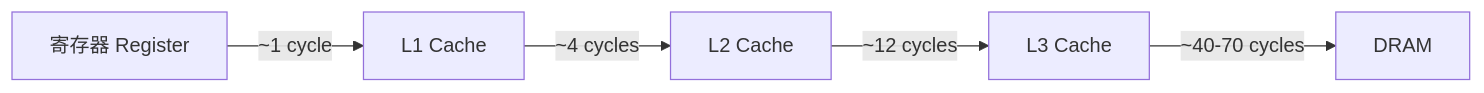
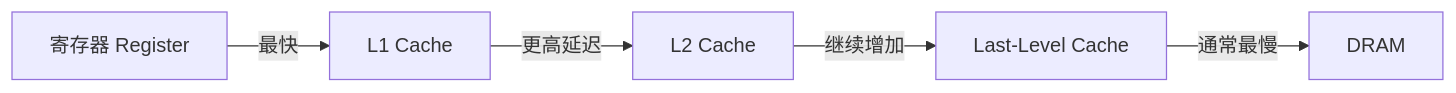
One commit to xizheyin/hft-book-rs changed the first of 5 diagrams in src/foundations/memory_layout.md. Above: the diagram before and after it, drawn with Mermaid. The commit also changed other lines of this file and 88 other files, not shown here.

````diff
--- a/src/foundations/memory_layout.md
+++ b/src/foundations/memory_layout.md
@@ -7,7 +7,7 @@
 ```mermaid
 flowchart LR
-    A[寄存器 Register] -->|~1 cycle| B[L1 Cache]
-    B -->|~4 cycles| C[L2 Cache]
-    C -->|~12 cycles| D[L3 Cache]
-    D -->|~40-70 cycles| E[DRAM]
+    A[寄存器 Register] -->|最快| B[L1 Cache]
+    B -->|更高延迟| C[L2 Cache]
+    C -->|继续增加| D[Last-Level Cache]
+    D -->|通常最慢| E[DRAM]
 ```
````
